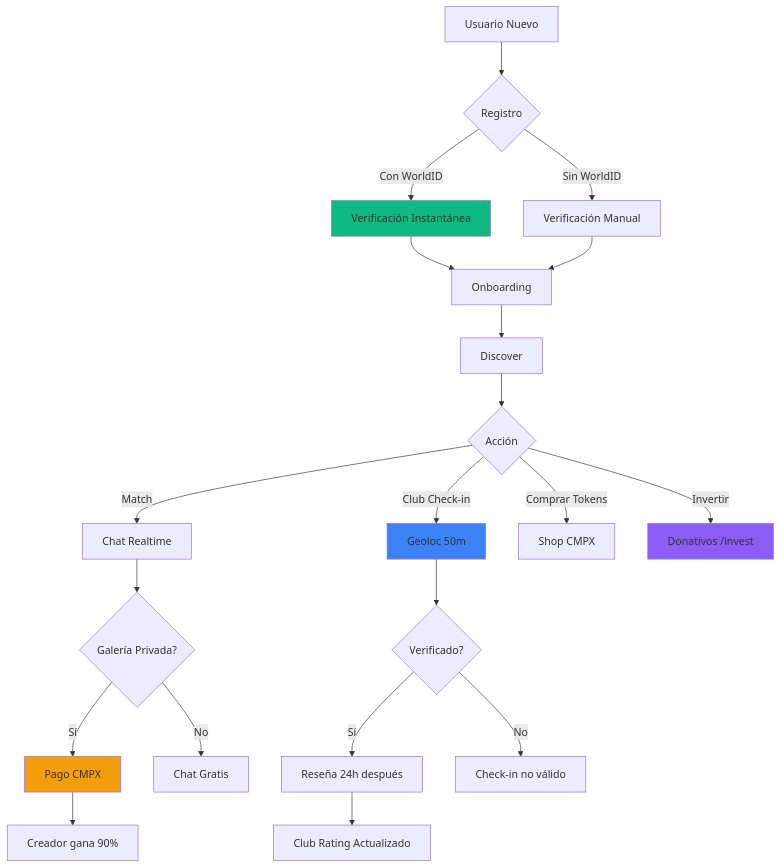
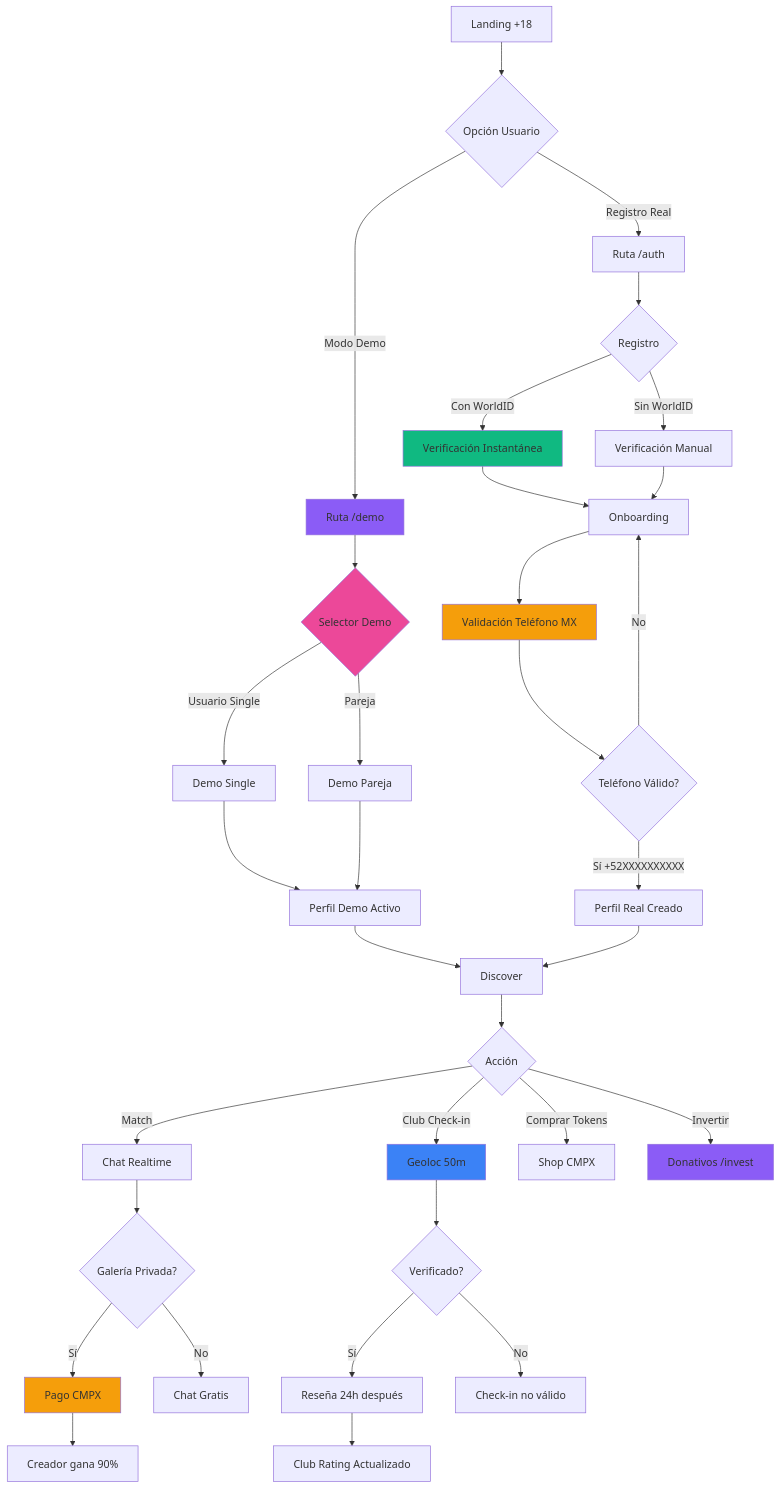
Before and after one commit to ComplicesConectaSw/ComplicesConecta: the first of 13 diagrams in DIAGRAMAS_FLUJOS_v3.5.0.md, drawn with Mermaid. The commit also changed other lines of this file, not shown here.

First paragraph of the commit message:
docs: Actualizar diagrama de flujo v3.6.4 (Fase 5) - 15 Nov 2025 14:20
✅ FASE 5 COMPLETADA:

````diff
--- a/DIAGRAMAS_FLUJOS_v3.5.0.md
+++ b/DIAGRAMAS_FLUJOS_v3.5.0.md
@@ -11,27 +11,53 @@
 ```mermaid
 flowchart TD
-    A[Usuario Nuevo] --> B{Registro}
-    B -->|Con WorldID| C[Verificación Instantánea]
-    B -->|Sin WorldID| D[Verificación Manual]
-    C --> E[Onboarding]
-    D --> E
-    E --> F[Discover]
-    F --> G{Acción}
-    G -->|Match| H[Chat Realtime]
-    G -->|Club Check-in| I[Geoloc 50m]
-    G -->|Comprar Tokens| J[Shop CMPX]
-    G -->|Invertir| K[Donativos /invest]
-    I --> L{Verificado?}
-    L -->|Sí| M[Reseña 24h después]
-    L -->|No| N[Check-in no válido]
-    H --> O{Galería Privada?}
-    O -->|Sí| P[Pago CMPX]
-    O -->|No| Q[Chat Gratis]
-    P --> R[Creador gana 90%]
-    M --> S[Club Rating Actualizado]
+    A[Landing +18] --> B{Opción Usuario}
+    B -->|Modo Demo| C[Ruta /demo]
+    B -->|Registro Real| D[Ruta /auth]
     
-    style C fill:#10b981
-    style I fill:#3b82f6
-    style P fill:#f59e0b
-    style K fill:#8b5cf6
+    C --> E{Selector Demo}
+    E -->|Usuario Single| F[Demo Single]
+    E -->|Pareja| G[Demo Pareja]
+    
+    F --> H[Perfil Demo Activo]
+    G --> H
+    
+    D --> I{Registro}
+    I -->|Con WorldID| J[Verificación Instantánea]
+    I -->|Sin WorldID| K[Verificación Manual]
+    
+    J --> L[Onboarding]
+    K --> L
+    
+    L --> M[Validación Teléfono MX]
+    M --> N{Teléfono Válido?}
+    N -->|Sí +52XXXXXXXXXX| O[Perfil Real Creado]
+    N -->|No| L
+    
+    H --> P[Discover]
+    O --> P
+    
+    P --> Q{Acción}
+    Q -->|Match| R[Chat Realtime]
+    Q -->|Club Check-in| S[Geoloc 50m]
+    Q -->|Comprar Tokens| T[Shop CMPX]
+    Q -->|Invertir| U[Donativos /invest]
+    
+    S --> V{Verificado?}
+    V -->|Sí| W[Reseña 24h después]
+    V -->|No| X[Check-in no válido]
+    
+    R --> Y{Galería Privada?}
+    Y -->|Sí| Z[Pago CMPX]
+    Y -->|No| AA[Chat Gratis]
+    
+    Z --> AB[Creador gana 90%]
+    W --> AC[Club Rating Actualizado]
+    
+    style C fill:#8b5cf6
+    style E fill:#ec4899
+    style J fill:#10b981
+    style M fill:#f59e0b
+    style S fill:#3b82f6
+    style Z fill:#f59e0b
+    style U fill:#8b5cf6
 ```
````
